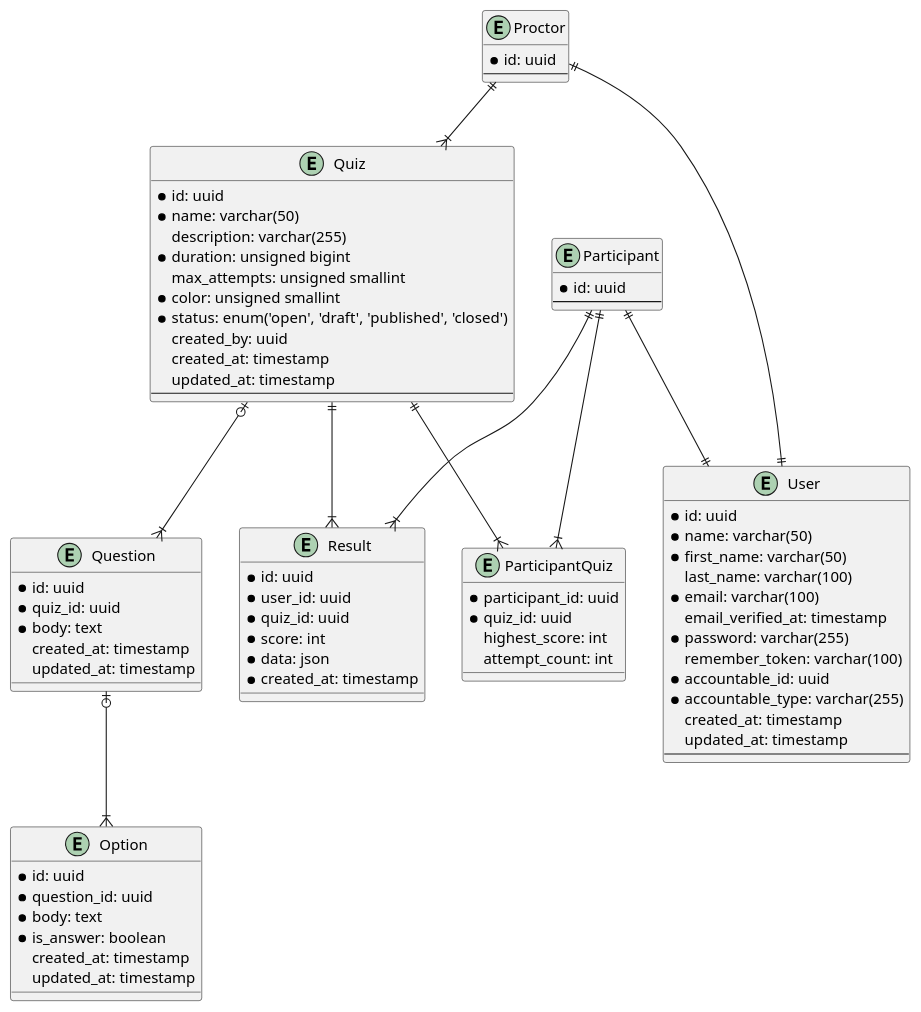
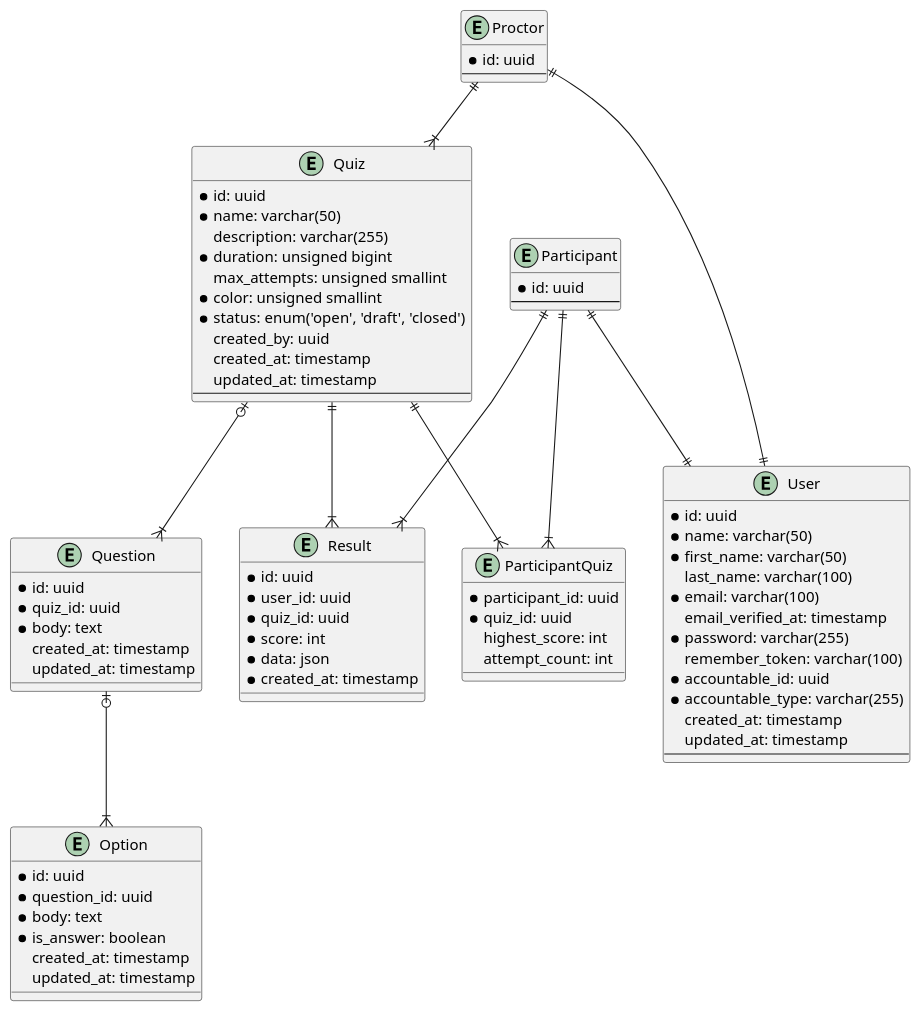
One commit to stackpan/simpliz changed the diagram in docs/database.puml. Above: the diagram before and after it, drawn with PlantUML. The commit also changed 2 other files, not shown here.

Commit message:
Remove unnecessary quiz status

```diff
--- a/docs/database.puml
+++ b/docs/database.puml
@@ -1,86 +1,86 @@
 @startuml
 
 entity User {
     * id: uuid
     * name: varchar(50)
     * first_name: varchar(50)
     last_name: varchar(100)
     * email: varchar(100)
     email_verified_at: timestamp
     * password: varchar(255)
     remember_token: varchar(100)
     * accountable_id: uuid
     * accountable_type: varchar(255)
     created_at: timestamp
     updated_at: timestamp
     --
 }
 
 entity Participant {
     * id: uuid
     --
 }
 
 entity Proctor {
     * id: uuid
     --
 }
 
 entity Quiz {
     * id: uuid
     * name: varchar(50)
     description: varchar(255)
     * duration: unsigned bigint
     max_attempts: unsigned smallint
     * color: unsigned smallint
-    * status: enum('open', 'draft', 'published', 'closed')
+    * status: enum('open', 'draft', 'closed')
     created_by: uuid
     created_at: timestamp
     updated_at: timestamp
     --
 }
 
 entity Question {
     * id: uuid
     * quiz_id: uuid
     * body: text
     created_at: timestamp
     updated_at: timestamp
 }
 
 entity Option {
     * id: uuid
     * question_id: uuid
     * body: text
     * is_answer: boolean
     created_at: timestamp
     updated_at: timestamp
 }
 
 entity ParticipantQuiz {
     * participant_id: uuid
     * quiz_id: uuid
     highest_score: int
     attempt_count: int
 }
 
 entity Result {
     * id: uuid
     * user_id: uuid
     * quiz_id: uuid
     * score: int
     * data: json
     * created_at: timestamp
 }
 
 Quiz |o--|{ Question
 Question |o--|{ Option
 Participant ||--|| User
 Proctor ||--|| User
 Quiz ||--|{ ParticipantQuiz
 Participant ||--|{ ParticipantQuiz
 Proctor ||--|{ Quiz
 Participant ||--|{ Result
 Quiz ||--|{ Result
 
 @enduml
```
